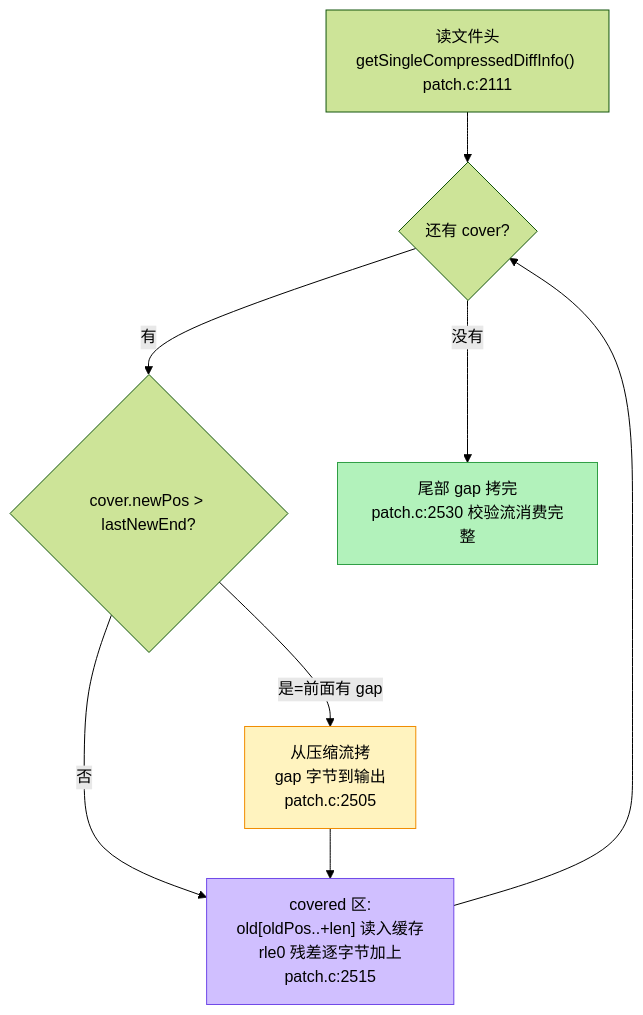
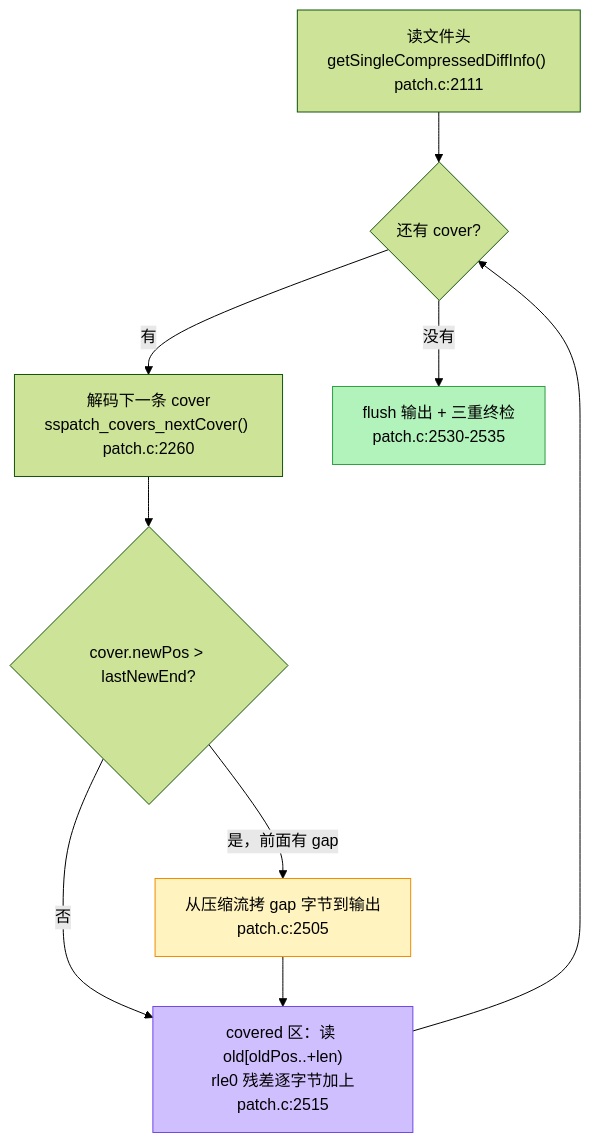
The diagram in docs/hot-update/hdiff-patch.md (fankidark/tech-site), drawn with Mermaid (forest theme) before and after one commit. The commit also changed other lines of this file and 14 other files, not shown here.

First line of the commit message:
hot-update: 差分系列 10 篇图文改造 + 3 个新组件

````diff
--- a/docs/hot-update/hdiff-patch.md
+++ b/docs/hot-update/hdiff-patch.md
@@ -12,14 +37,15 @@
 ```mermaid
 flowchart TB
     START["读文件头<br/>getSingleCompressedDiffInfo() patch.c:2111"] --> LOOP{"还有 cover?"}
-    LOOP -->|有| GAP{"cover.newPos > lastNewEnd?"}
-    GAP -->|是=前面有 gap| COPY["从压缩流拷<br/>gap 字节到输出<br/>patch.c:2505"]
+    LOOP -->|有| SEQ["解码下一条 cover<br/>sspatch_covers_nextCover() patch.c:2260"]
+    SEQ --> GAP{"cover.newPos > lastNewEnd?"}
+    GAP -->|是，前面有 gap| COPY["从压缩流拷 gap 字节到输出<br/>patch.c:2505"]
     GAP -->|否| ADD
-    COPY --> ADD["covered 区:<br/>old[oldPos..+len] 读入缓存<br/>rle0 残差逐字节加上<br/>patch.c:2515"]
+    COPY --> ADD["covered 区：读 old[oldPos..+len)<br/>rle0 残差逐字节加上<br/>patch.c:2515"]
     ADD --> LOOP
-    LOOP -->|没有| TAIL["尾部 gap 拷完<br/>patch.c:2530 校验流消费完整"]
+    LOOP -->|没有| TAIL["flush 输出 + 三重终检<br/>patch.c:2530-2535"]
 
     style COPY fill:#fff3bf,stroke:#f08c00
     style ADD fill:#d0bfff,stroke:#7048e8
     style TAIL fill:#b2f2bb,stroke:#2f9e44
 ```
````
